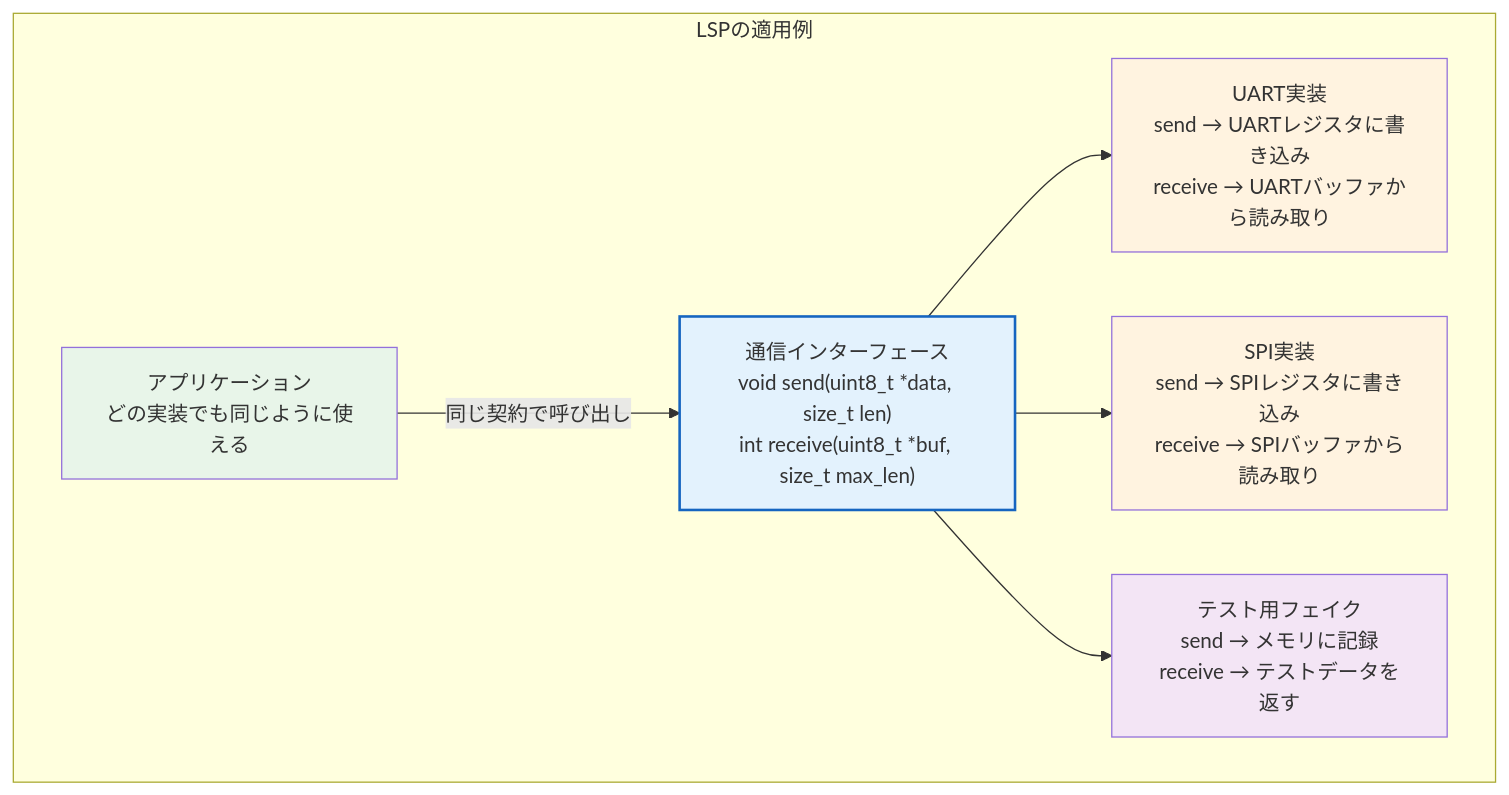
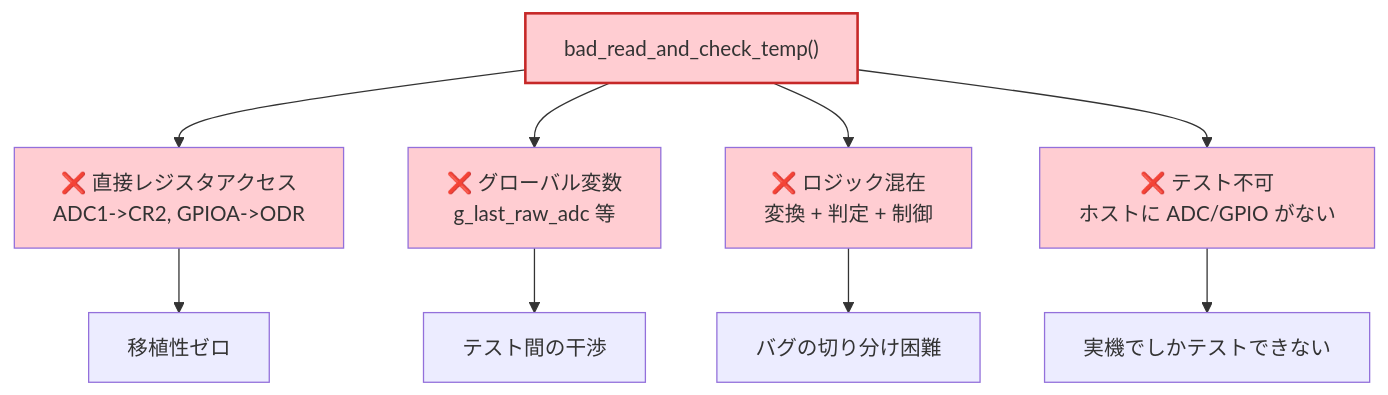
One commit to OhnariJinta/TeachingEmbC changed the first of 8 diagrams in docs/md/05_solid_dip.md. Above: the diagram before and after it, drawn with Mermaid. The commit also changed other lines of this file and 27 other files, not shown here.

````diff
--- a/docs/md/05_solid_dip.md
+++ b/docs/md/05_solid_dip.md
@@ -79,21 +38,18 @@
 ```mermaid
 graph TD
-    subgraph LSPDemo["LSPの適用例"]
-        IF_COMM["通信インターフェース\nvoid send(uint8_t *data, size_t len)\nint receive(uint8_t *buf, size_t max_len)"]
-        UART["UART実装\nsend → UARTレジスタに書き込み\nreceive → UARTバッファから読み取り"]
-        SPI["SPI実装\nsend → SPIレジスタに書き込み\nreceive → SPIバッファから読み取り"]
-        FAKE_COMM["テスト用フェイク\nsend → メモリに記録\nreceive → テストデータを返す"]
-        APP_COMM["アプリケーション\nどの実装でも同じように使える"]
-    end
+    BAD["bad_read_and_check_temp()"] --> P1["❌ 直接レジスタアクセス\nADC1->CR2, GPIOA->ODR"]
+    BAD --> P2["❌ グローバル変数\ng_last_raw_adc 等"]
+    BAD --> P3["❌ ロジック混在\n変換 + 判定 + 制御"]
+    BAD --> P4["❌ テスト不可\nホストに ADC/GPIO がない"]
     
-    IF_COMM --> UART
-    IF_COMM --> SPI
-    IF_COMM --> FAKE_COMM
-    APP_COMM -->|"同じ契約で呼び出し"| IF_COMM
+    P1 --> R1["移植性ゼロ"]
+    P2 --> R2["テスト間の干渉"]
+    P3 --> R3["バグの切り分け困難"]
+    P4 --> R4["実機でしかテストできない"]
     
-    style IF_COMM fill:#e3f2fd,stroke:#1565c0,stroke-width:2px
-    style UART fill:#fff3e0
-    style SPI fill:#fff3e0
-    style FAKE_COMM fill:#f3e5f5
-    style APP_COMM fill:#e8f5e9
+    style BAD fill:#ffcdd2,stroke:#c62828,stroke-width:2px
+    style P1 fill:#ffcdd2
+    style P2 fill:#ffcdd2
+    style P3 fill:#ffcdd2
+    style P4 fill:#ffcdd2
 ```
````
